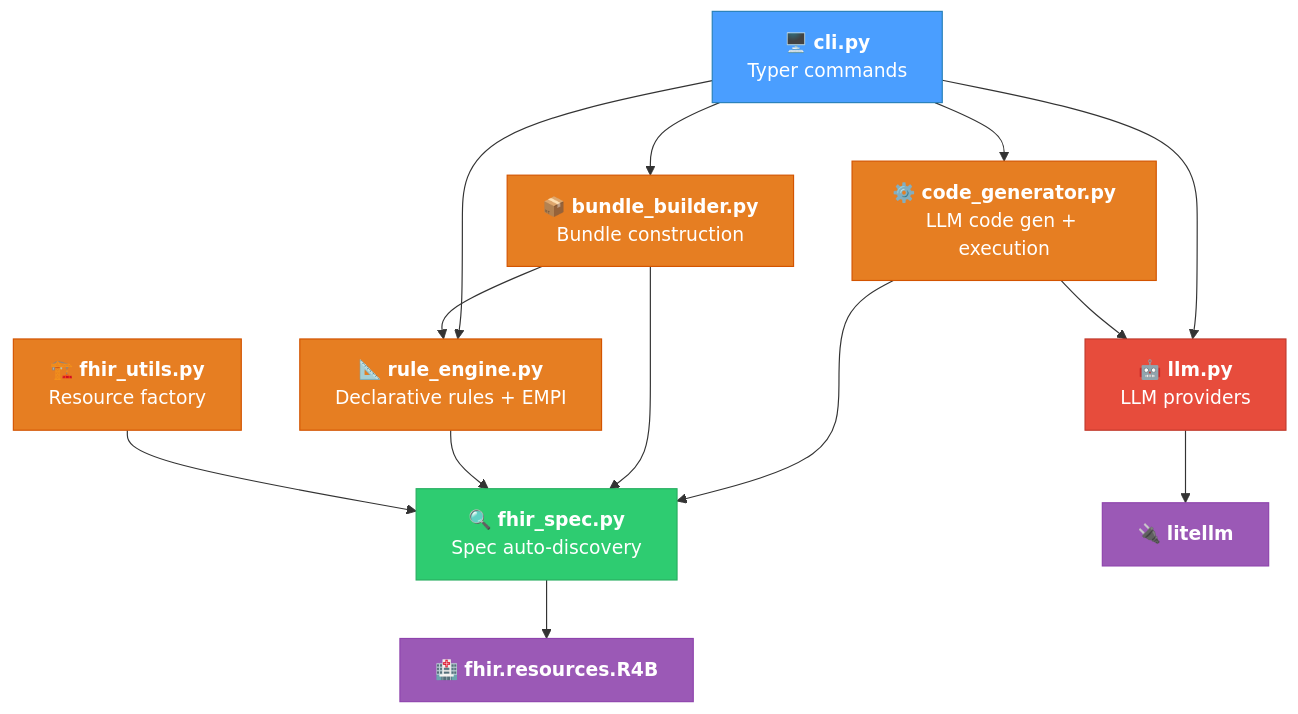
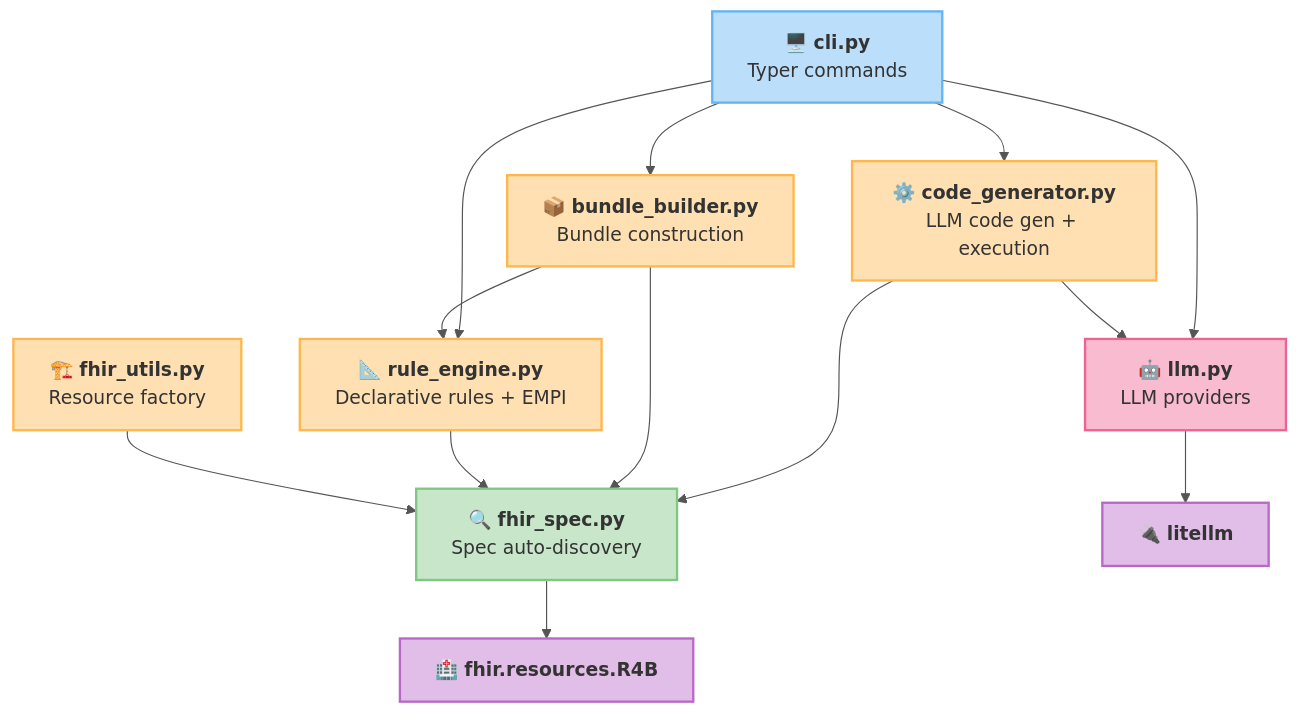
The fourth of 10 diagrams in ARCHITECTURE.md (alvinhenrick/fhir-synth), drawn with Mermaid before and after one commit. The commit also changed other lines of this file, not shown here.

Commit message:
refactor architecture documentation; enhance clarity and update visual elements for better understanding

````diff
--- a/ARCHITECTURE.md
+++ b/ARCHITECTURE.md
@@ -121,33 +152,41 @@
 ```mermaid
+%%{init: {'theme': 'base', 'themeVariables': {'primaryColor': '#fff9c4', 'primaryTextColor': '#333', 'primaryBorderColor': '#555', 'lineColor': '#555', 'fontFamily': 'Comic Sans MS, cursive, sans-serif'}}}%%
 graph TD
     CLI["🖥️ <b>cli.py</b><br/>Typer commands"]
     CG["⚙️ <b>code_generator.py</b><br/>LLM code gen + execution"]
     RE["📐 <b>rule_engine.py</b><br/>Declarative rules + EMPI"]
     BB["📦 <b>bundle_builder.py</b><br/>Bundle construction"]
     FU["🏗️ <b>fhir_utils.py</b><br/>Resource factory"]
     FS["🔍 <b>fhir_spec.py</b><br/>Spec auto-discovery"]
     LLM["🤖 <b>llm.py</b><br/>LLM providers"]
     FR["🏥 <b>fhir.resources.R4B</b>"]
     LITE["🔌 <b>litellm</b>"]
+
     CLI --> CG
     CLI --> RE
     CLI --> BB
     CLI --> LLM
+
     CG --> LLM
     CG --> FS
+
     BB --> RE
     BB --> FS
+
     RE --> FS
+
     FU --> FS
+
     FS --> FR
     LLM --> LITE
-    style CLI fill:#4a9eff,stroke:#2980b9,color:#fff
-    style CG fill:#e67e22,stroke:#d35400,color:#fff
-    style RE fill:#e67e22,stroke:#d35400,color:#fff
-    style BB fill:#e67e22,stroke:#d35400,color:#fff
-    style FU fill:#e67e22,stroke:#d35400,color:#fff
-    style FS fill:#2ecc71,stroke:#27ae60,color:#fff
-    style LLM fill:#e74c3c,stroke:#c0392b,color:#fff
-    style FR fill:#9b59b6,stroke:#8e44ad,color:#fff
-    style LITE fill:#9b59b6,stroke:#8e44ad,color:#fff
+
+    style CLI fill:#bbdefb,stroke:#64b5f6,color:#333,stroke-width:2px
+    style CG fill:#ffe0b2,stroke:#ffb74d,color:#333,stroke-width:2px
+    style RE fill:#ffe0b2,stroke:#ffb74d,color:#333,stroke-width:2px
+    style BB fill:#ffe0b2,stroke:#ffb74d,color:#333,stroke-width:2px
+    style FU fill:#ffe0b2,stroke:#ffb74d,color:#333,stroke-width:2px
+    style FS fill:#c8e6c9,stroke:#81c784,color:#333,stroke-width:2px
+    style LLM fill:#f8bbd0,stroke:#f06292,color:#333,stroke-width:2px
+    style FR fill:#e1bee7,stroke:#ba68c8,color:#333,stroke-width:2px
+    style LITE fill:#e1bee7,stroke:#ba68c8,color:#333,stroke-width:2px
 ```
````
